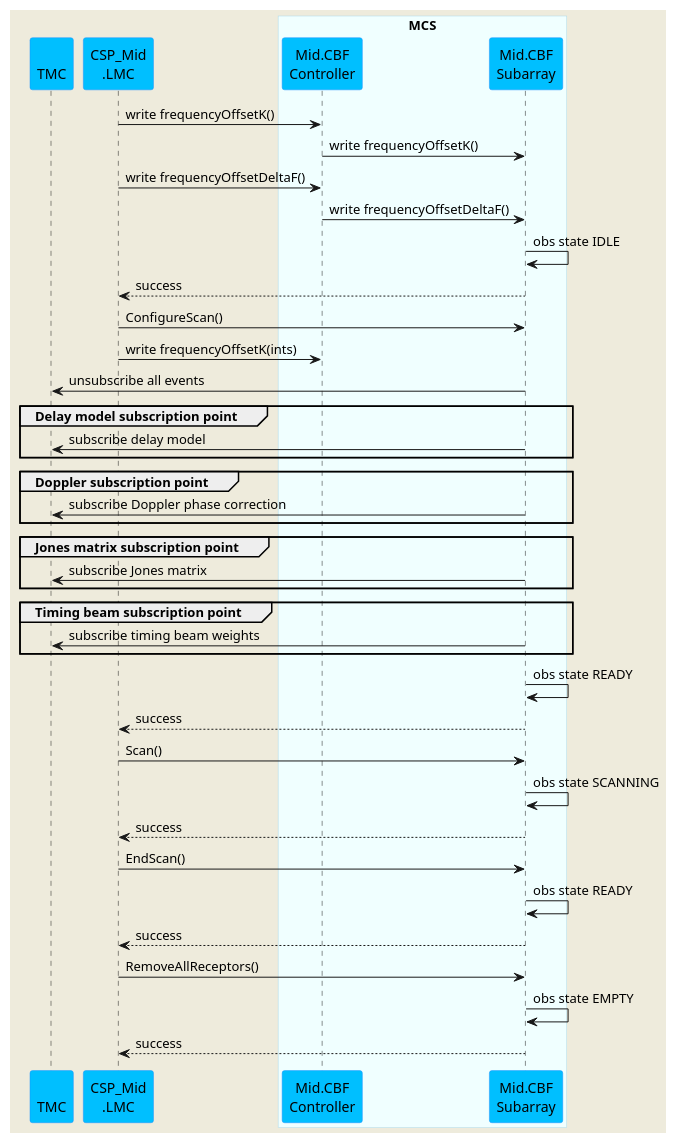
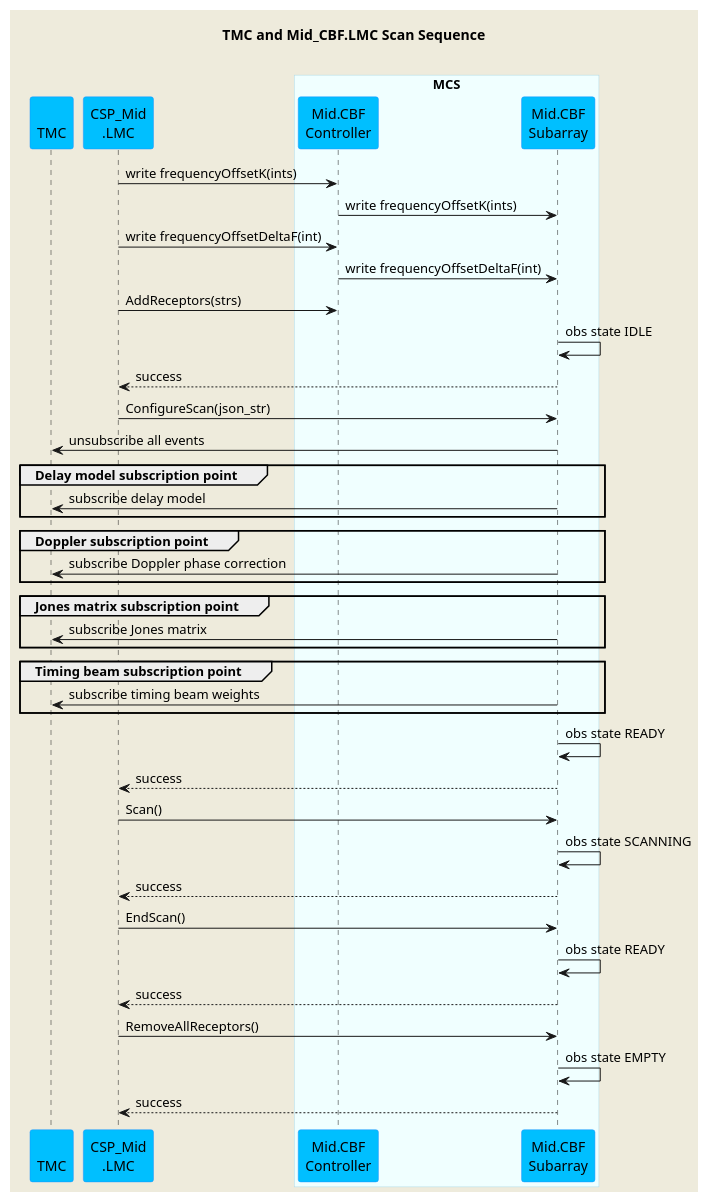
Before and after one commit to ska-telescope/mid-cbf-mcs: the diagram in docs/src/diagrams/mid-cbf-scan-ops.puml, drawn with PlantUML. The commit also changed 13 other files, not shown here.

Commit message:
CIP-1612 Add plantUML diagrams - clean up navigation bar and other organization

```diff
--- a/docs/src/diagrams/mid-cbf-scan-ops.puml
+++ b/docs/src/diagrams/mid-cbf-scan-ops.puml
@@ -1,63 +1,65 @@
 @startuml
 'https://plantuml.com/sequence-diagram
 
 skinparam backgroundColor #EEEBDC
 skinparam sequence {
 ParticipantBorderColor DodgerBlue
 ParticipantBackgroundColor DeepSkyBlue
 ActorBorderColor DarkGreen
 ActorBackgroundColor Green
 BoxBorderColor LightBlue
 BoxBackgroundColor #F0FFFF
 }
 
+title TMC and Mid_CBF.LMC Scan Sequence\n
+
 participant "\nTMC" as tmc
 participant "CSP_Mid\n.LMC" as lmc
 
 box "MCS"
 participant "Mid.CBF\nController" as controller
 participant "Mid.CBF\nSubarray" as subarray
 end box
 
-lmc         -> controller   : write frequencyOffsetK()
-controller  -> subarray     : write frequencyOffsetK()
-lmc         -> controller   : write frequencyOffsetDeltaF()
-controller  -> subarray     : write frequencyOffsetDeltaF()
+lmc         -> controller   : write frequencyOffsetK(ints)
+controller  -> subarray     : write frequencyOffsetK(ints)
+lmc         -> controller   : write frequencyOffsetDeltaF(int)
+controller  -> subarray     : write frequencyOffsetDeltaF(int)
+lmc         -> controller   : AddReceptors(strs)
 subarray    -> subarray     : obs state IDLE
 subarray   --> lmc          : success
-lmc         -> subarray     : ConfigureScan()
-lmc         -> controller   : write frequencyOffsetK(ints)
+lmc         -> subarray     : ConfigureScan(json_str)
 subarray    -> tmc          : unsubscribe all events
 
 group Delay model subscription point
 subarray    -> tmc          : subscribe delay model
 end group
 
 group Doppler subscription point
 subarray    -> tmc          : subscribe Doppler phase correction
 end group
 
 group Jones matrix subscription point
 subarray    -> tmc          : subscribe Jones matrix
 end group
 
 group Timing beam subscription point
 subarray    -> tmc          : subscribe timing beam weights
 end group
 
 subarray    -> subarray     : obs state READY
 subarray   --> lmc          : success
 
 lmc         -> subarray     : Scan()
 subarray    -> subarray     : obs state SCANNING
 subarray   --> lmc          : success
 
 lmc         -> subarray     : EndScan()
 subarray    -> subarray     : obs state READY
 subarray   --> lmc          : success
 
 lmc         -> subarray     : RemoveAllReceptors()
 subarray    -> subarray     : obs state EMPTY
 subarray   --> lmc          : success
 
 @enduml
```
